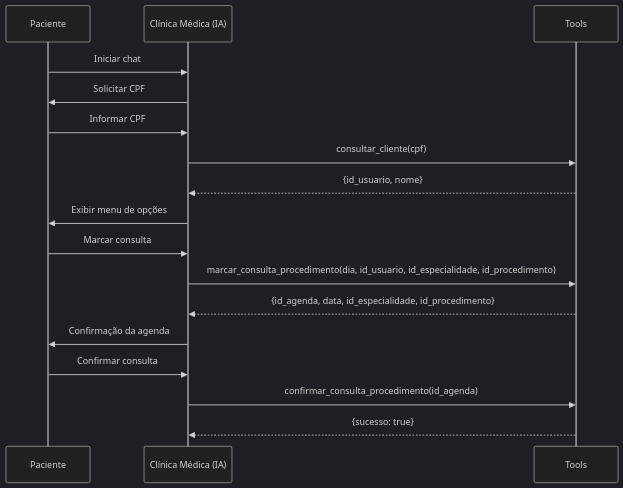
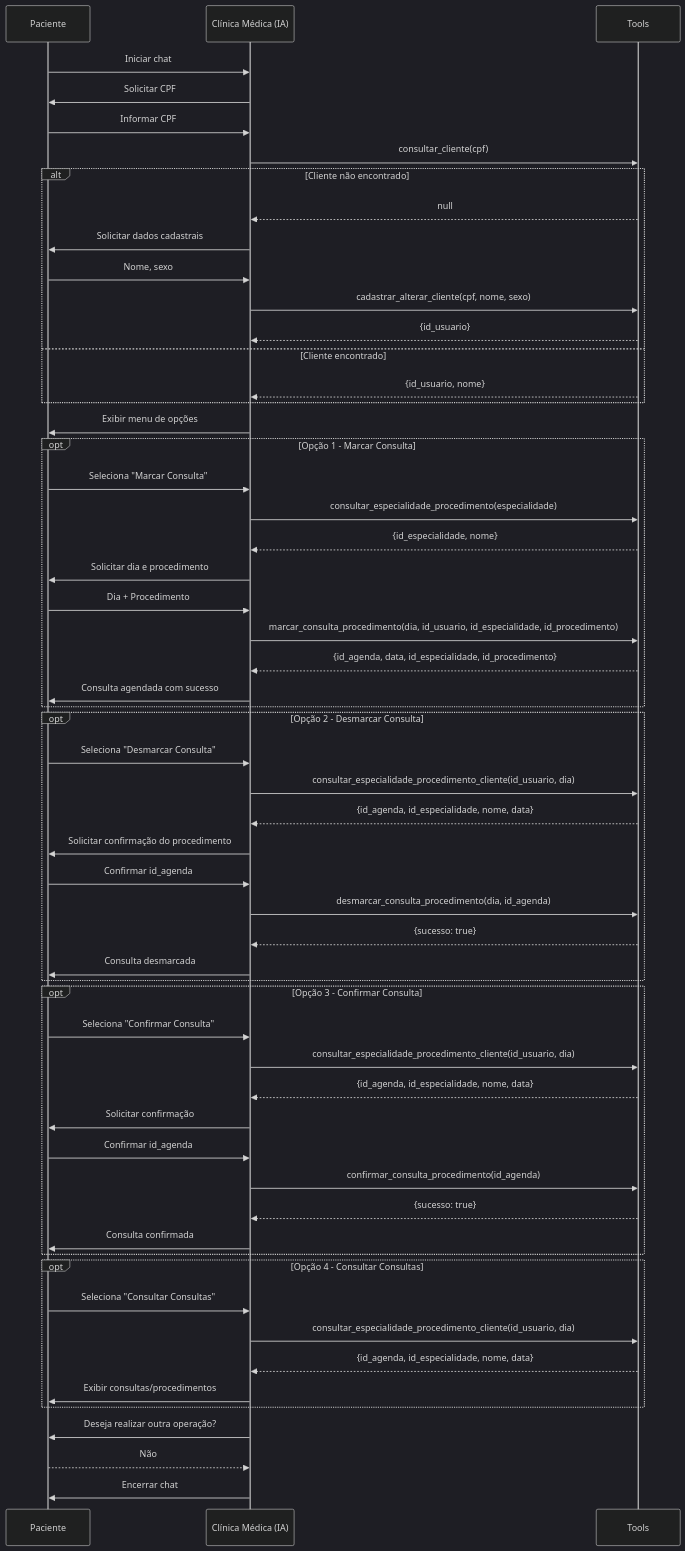
One commit to luisrobertolrm/prompt-clinica changed the diagram in fluxo2.mermaid. Above: the diagram before and after it, drawn with Mermaid (dark theme).

Commit message:
Refactor sequence diagram to enhance client consultation flow and add options for scheduling, rescheduling, and confirming appointments

```diff
--- a/fluxo2.mermaid
+++ b/fluxo2.mermaid
@@ -1,23 +1,83 @@
 sequenceDiagram
     participant P as Paciente
     participant IA as Clínica Médica (IA)
     participant T as Tools
 
+    %% INÍCIO DO CHAT
     P->>IA: Iniciar chat
     IA->>P: Solicitar CPF
     P->>IA: Informar CPF
 
+    %% CONSULTA / CADASTRO DO CLIENTE
     IA->>T: consultar_cliente(cpf)
-    T-->>IA: {id_usuario, nome}
+    alt Cliente não encontrado
+        T-->>IA: null
+        IA->>P: Solicitar dados cadastrais
+        P->>IA: Nome, sexo
+        IA->>T: cadastrar_alterar_cliente(cpf, nome, sexo)
+        T-->>IA: {id_usuario}
+    else Cliente encontrado
+        T-->>IA: {id_usuario, nome}
+    end
 
+    %% MENU PRINCIPAL
     IA->>P: Exibir menu de opções
 
-    P->>IA: Marcar consulta
-    IA->>T: marcar_consulta_procedimento(dia, id_usuario, id_especialidade, id_procedimento)
-    T-->>IA: {id_agenda, data, id_especialidade, id_procedimento}
+    %% OPÇÃO 1 — MARCAR CONSULTA
+    opt Opção 1 - Marcar Consulta
+        P->>IA: Seleciona "Marcar Consulta"
+        IA->>T: consultar_especialidade_procedimento(especialidade)
+        T-->>IA: {id_especialidade, nome}
 
-    IA->>P: Confirmação da agenda
+        IA->>P: Solicitar dia e procedimento
+        P->>IA: Dia + Procedimento
 
-    P->>IA: Confirmar consulta
-    IA->>T: confirmar_consulta_procedimento(id_agenda)
-    T-->>IA: {sucesso: true}
+        IA->>T: marcar_consulta_procedimento(dia, id_usuario, id_especialidade, id_procedimento)
+        T-->>IA: {id_agenda, data, id_especialidade, id_procedimento}
+
+        IA->>P: Consulta agendada com sucesso
+    end
+
+    %% OPÇÃO 2 — DESMARCAR CONSULTA
+    opt Opção 2 - Desmarcar Consulta
+        P->>IA: Seleciona "Desmarcar Consulta"
+        IA->>T: consultar_especialidade_procedimento_cliente(id_usuario, dia)
+        T-->>IA: {id_agenda, id_especialidade, nome, data}
+
+        IA->>P: Solicitar confirmação do procedimento
+        P->>IA: Confirmar id_agenda
+
+        IA->>T: desmarcar_consulta_procedimento(dia, id_agenda)
+        T-->>IA: {sucesso: true}
+
+        IA->>P: Consulta desmarcada
+    end
+
+    %% OPÇÃO 3 — CONFIRMAR CONSULTA
+    opt Opção 3 - Confirmar Consulta
+        P->>IA: Seleciona "Confirmar Consulta"
+        IA->>T: consultar_especialidade_procedimento_cliente(id_usuario, dia)
+        T-->>IA: {id_agenda, id_especialidade, nome, data}
+
+        IA->>P: Solicitar confirmação
+        P->>IA: Confirmar id_agenda
+
+        IA->>T: confirmar_consulta_procedimento(id_agenda)
+        T-->>IA: {sucesso: true}
+
+        IA->>P: Consulta confirmada
+    end
+
+    %% OPÇÃO 4 — CONSULTAR CONSULTAS
+    opt Opção 4 - Consultar Consultas
+        P->>IA: Seleciona "Consultar Consultas"
+        IA->>T: consultar_especialidade_procedimento_cliente(id_usuario, dia)
+        T-->>IA: {id_agenda, id_especialidade, nome, data}
+
+        IA->>P: Exibir consultas/procedimentos
+    end
+
+    %% ENCERRAMENTO
+    IA->>P: Deseja realizar outra operação?
+    P-->>IA: Não
+    IA->>P: Encerrar chat
```
